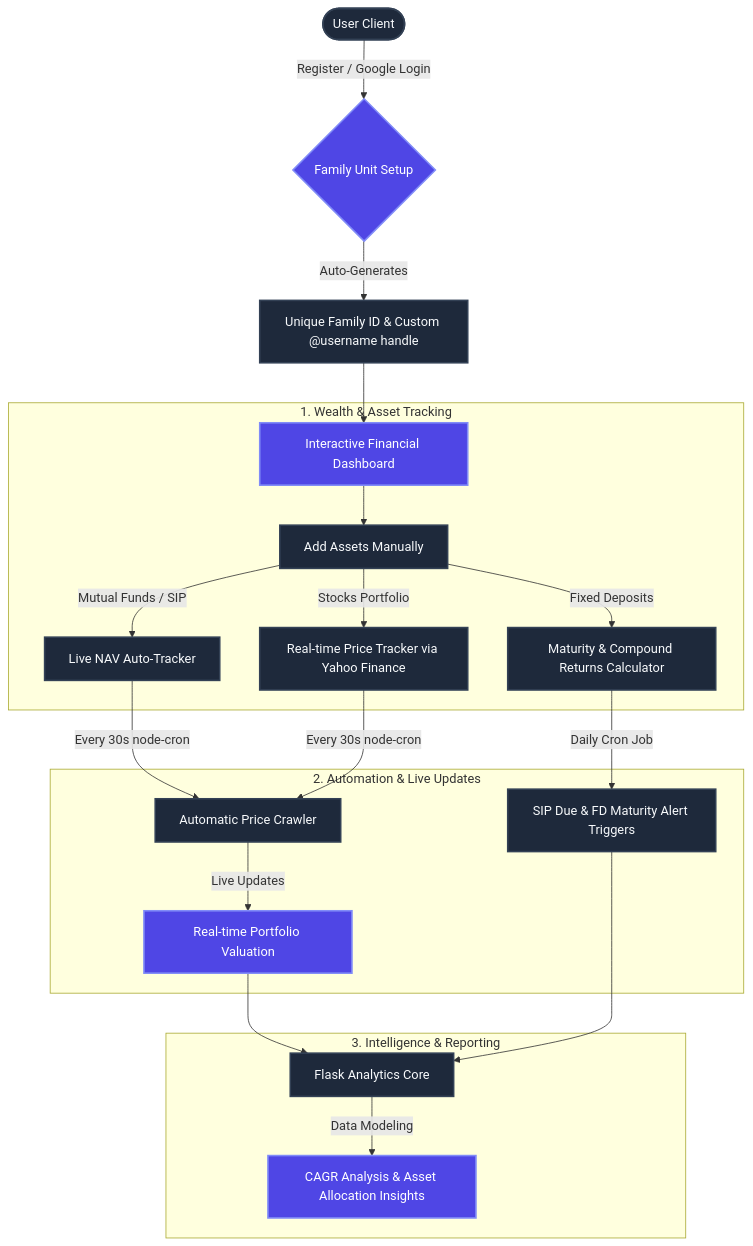
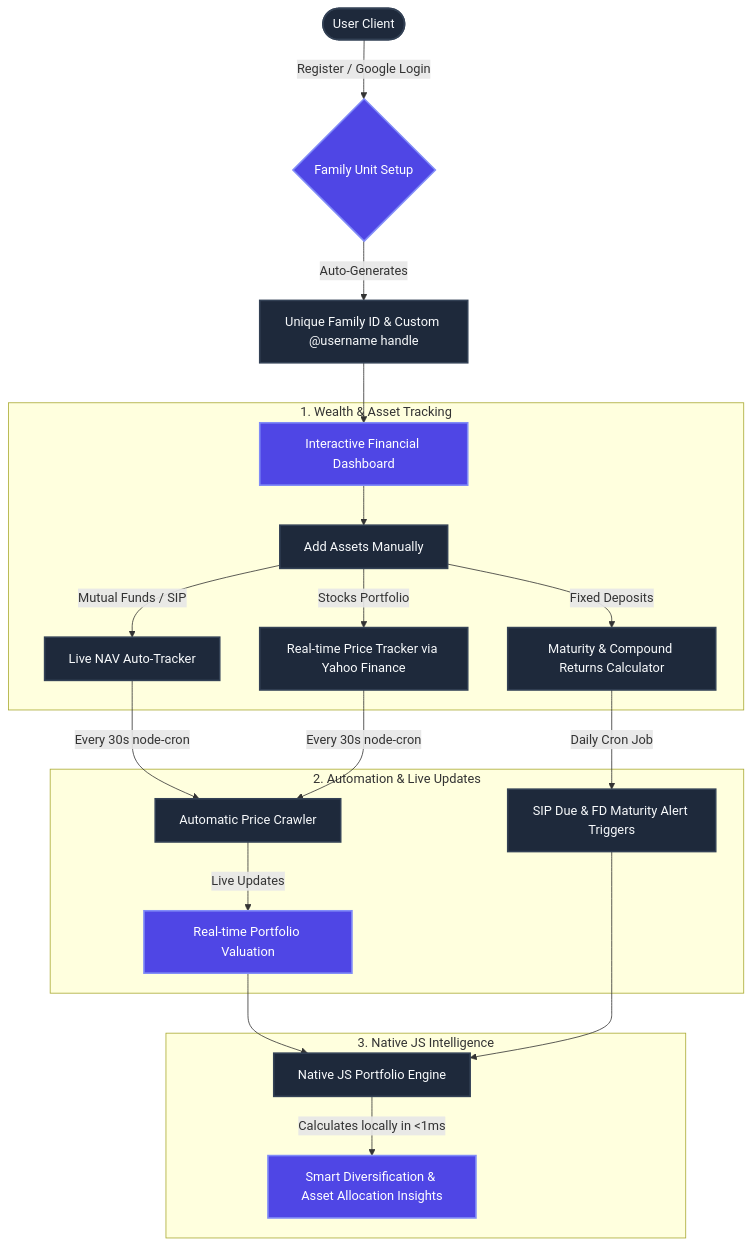
The diagram in README.md (Krishp2007/Vestra), drawn with Mermaid before and after one commit. The commit also changed other lines of this file and 8 other files, not shown here.

````diff
--- a/README.md
+++ b/README.md
@@ -11,32 +11,32 @@
 ```mermaid
 flowchart TD
     User([User Client]) -->|Register / Google Login| FlowAuth{Family Unit Setup}
     FlowAuth -->|Auto-Generates| GenFamily[Unique Family ID & Custom @username handle]
     
     GenFamily --> Dashboard[Interactive Financial Dashboard]
 
     subgraph Tracking ["1. Wealth & Asset Tracking"]
         Dashboard --> AddAsset[Add Assets Manually]
         AddAsset -->|Mutual Funds / SIP| SIP[Live NAV Auto-Tracker]
         AddAsset -->|Fixed Deposits| FD[Maturity & Compound Returns Calculator]
         AddAsset -->|Stocks Portfolio| Stock[Real-time Price Tracker via Yahoo Finance]
     end
 
     subgraph AutoJobs ["2. Automation & Live Updates"]
         SIP -->|Every 30s node-cron| Crawler[Automatic Price Crawler]
         Stock -->|Every 30s node-cron| Crawler
         Crawler -->|Live Updates| Valuation[Real-time Portfolio Valuation]
         
         FD -->|Daily Cron Job| AlertGen[SIP Due & FD Maturity Alert Triggers]
     end
 
-    subgraph Analytics ["3. Intelligence & Reporting"]
-        Valuation --> PythonEngine[Flask Analytics Core]
-        AlertGen --> PythonEngine
-        PythonEngine -->|Data Modeling| Insights[CAGR Analysis & Asset Allocation Insights]
+    subgraph Analytics ["3. Native JS Intelligence"]
+        Valuation --> NativeEngine[Native JS Portfolio Engine]
+        AlertGen --> NativeEngine
+        NativeEngine -->|Calculates locally in <1ms| Insights[Smart Diversification & Asset Allocation Insights]
     end
 
     classDef default fill:#1e293b,stroke:#334155,stroke-width:2px,color:#f8fafc;
     classDef highlight fill:#4f46e5,stroke:#818cf8,stroke-width:2px,color:#ffffff;
     class FlowAuth,Dashboard,Valuation,Insights highlight;
 ```
````
